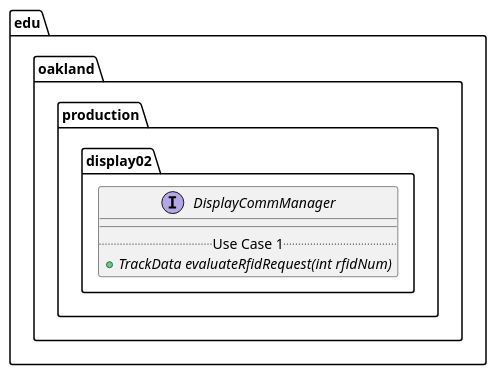
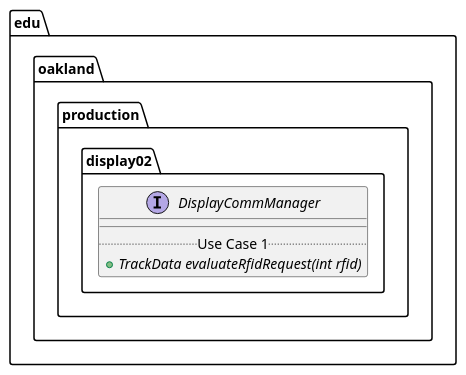
Before and after one commit to andrewdimmer/csi-3370-software-project: the diagram in docs/uml-class-diagrams/display02/production/DisplayCommManager/DisplayCommManager.puml, drawn with PlantUML. The commit also changed 50 other files, not shown here.

First line of the commit message:
DisplayCommManager Uml Updates (#153)

```diff
--- a/docs/uml-class-diagrams/display02/production/DisplayCommManager/DisplayCommManager.puml
+++ b/docs/uml-class-diagrams/display02/production/DisplayCommManager/DisplayCommManager.puml
@@ -1,11 +1,11 @@
 @startuml DisplayCommManager
 
 package edu.oakland.production.display02 {
     interface DisplayCommManager {
         __
         .. Use Case 1 ..
-        {abstract} + TrackData evaluateRfidRequest(int rfidNum)
+        {abstract} + TrackData evaluateRfidRequest(int rfid)
     }
 }
 
 @enduml
```
